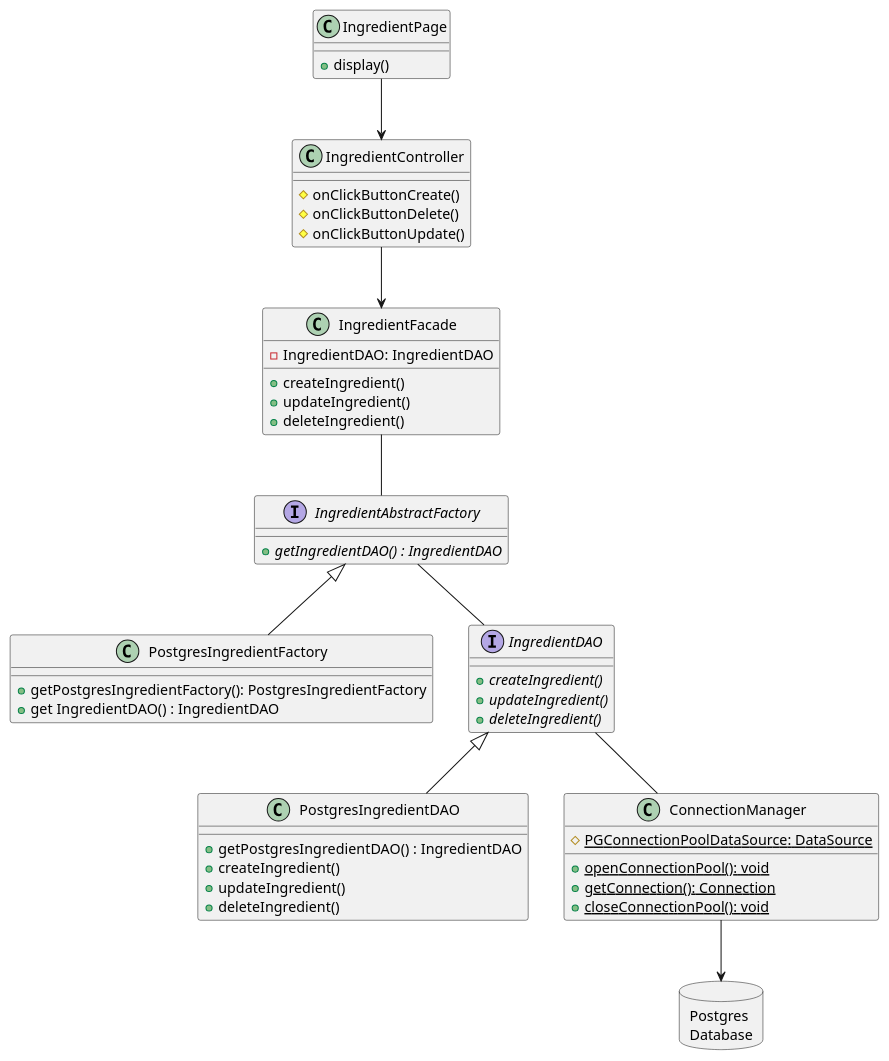
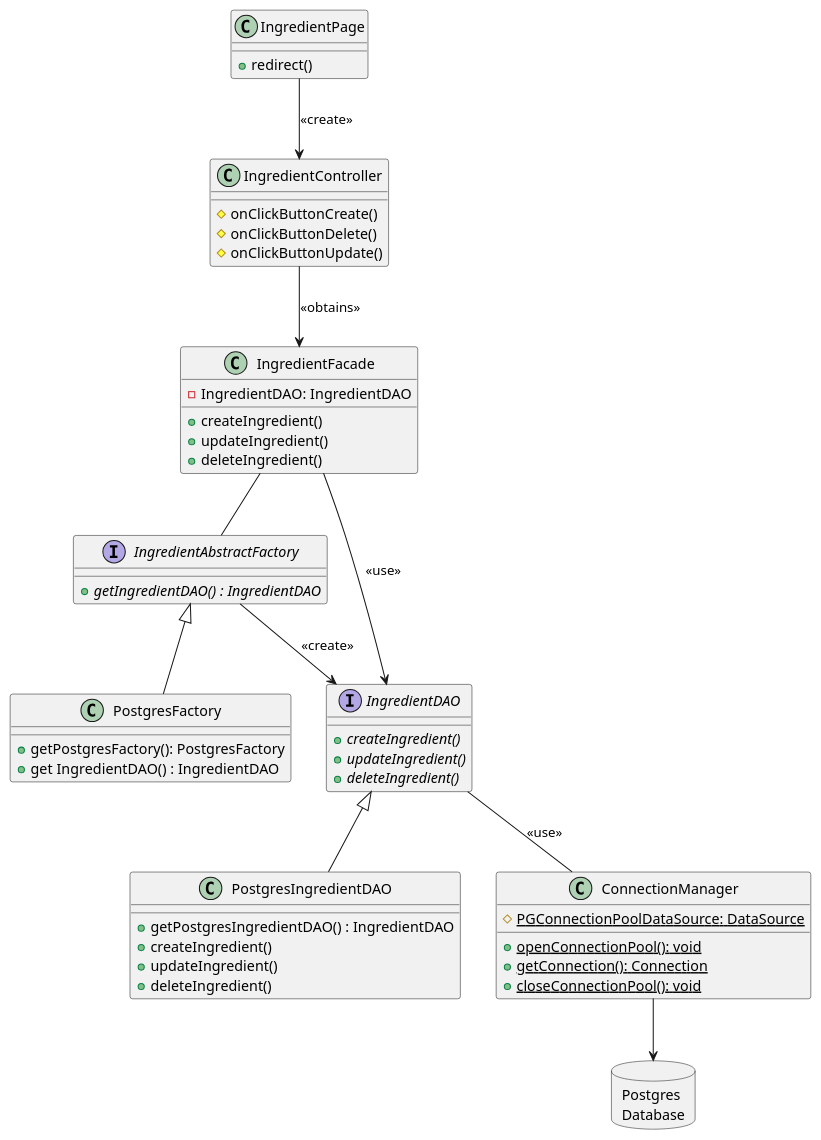
Before and after one commit to iusildra/WineCellar: the diagram in doc/reports/prototype/plantuml/IngredientManagement/ingredientClassDiagram.plantuml, drawn with PlantUML. The commit also changed 8 other files, not shown here.

```diff
--- a/doc/reports/prototype/plantuml/IngredientManagement/ingredientClassDiagram.plantuml
+++ b/doc/reports/prototype/plantuml/IngredientManagement/ingredientClassDiagram.plantuml
@@ -1,73 +1,74 @@
 @startuml IngredientClassDiagram
 
 class IngredientPage {
-  + display()
+    + redirect()
 }
 
 class IngredientController {
   # onClickButtonCreate()
   # onClickButtonDelete()
   # onClickButtonUpdate()
 }
 
 
 class IngredientFacade {
   - IngredientDAO: IngredientDAO
   + createIngredient()
   + updateIngredient()
   + deleteIngredient()
 }
 
 
 interface IngredientAbstractFactory {
   + {abstract} getIngredientDAO() : IngredientDAO
 
 }
 
 
-class PostgresIngredientFactory {
-  + getPostgresIngredientFactory(): PostgresIngredientFactory
+class PostgresFactory {
+  + getPostgresFactory(): PostgresFactory
   + get IngredientDAO() : IngredientDAO
 }
 
 
 Interface IngredientDAO {
   + {abstract} createIngredient()
   + {abstract} updateIngredient()
   + {abstract} deleteIngredient()
 }
 
 
 class PostgresIngredientDAO{
   + getPostgresIngredientDAO() : IngredientDAO
   + createIngredient()
   + updateIngredient()
   + deleteIngredient()
 }
 
 
 class ConnectionManager {
   # {static} PGConnectionPoolDataSource: DataSource
   + {static} openConnectionPool(): void
   + {static} getConnection(): Connection
   + {static} closeConnectionPool(): void
 }
 
 
 database "Postgres\nDatabase" as Postgres {
 
 }
 
-class PostgresIngredientFactory extends IngredientAbstractFactory
+class PostgresFactory extends IngredientAbstractFactory
 class PostgresIngredientDAO extends IngredientDAO
 
-IngredientPage --> IngredientController
-IngredientController --> IngredientFacade
+IngredientPage --> IngredientController : <<create>>
+IngredientController --> IngredientFacade : <<obtains>>
 IngredientFacade -- IngredientAbstractFactory
-IngredientAbstractFactory -- IngredientDAO
-IngredientDAO -- ConnectionManager
+IngredientFacade --> IngredientDAO : <<use>>
+IngredientAbstractFactory --> IngredientDAO : <<create>>
+IngredientDAO -- ConnectionManager : <<use>>
 ConnectionManager --> Postgres
 
 
 
 @enduml
```
